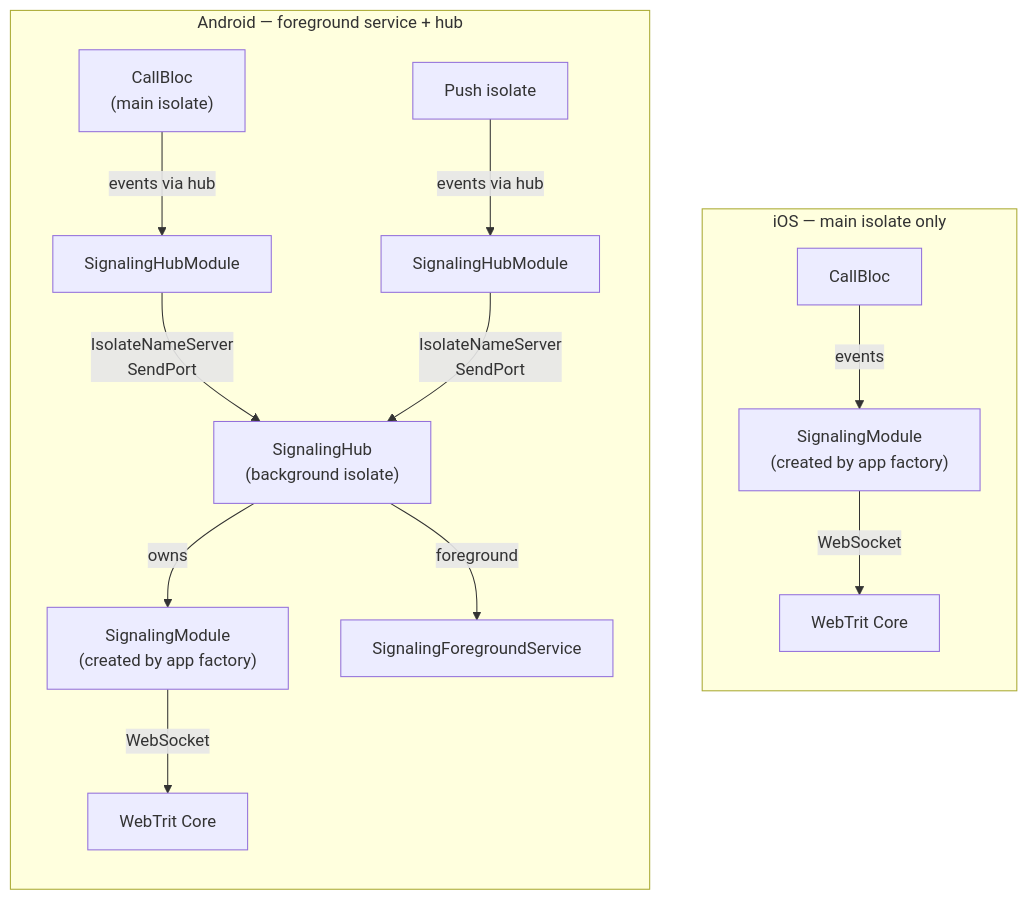
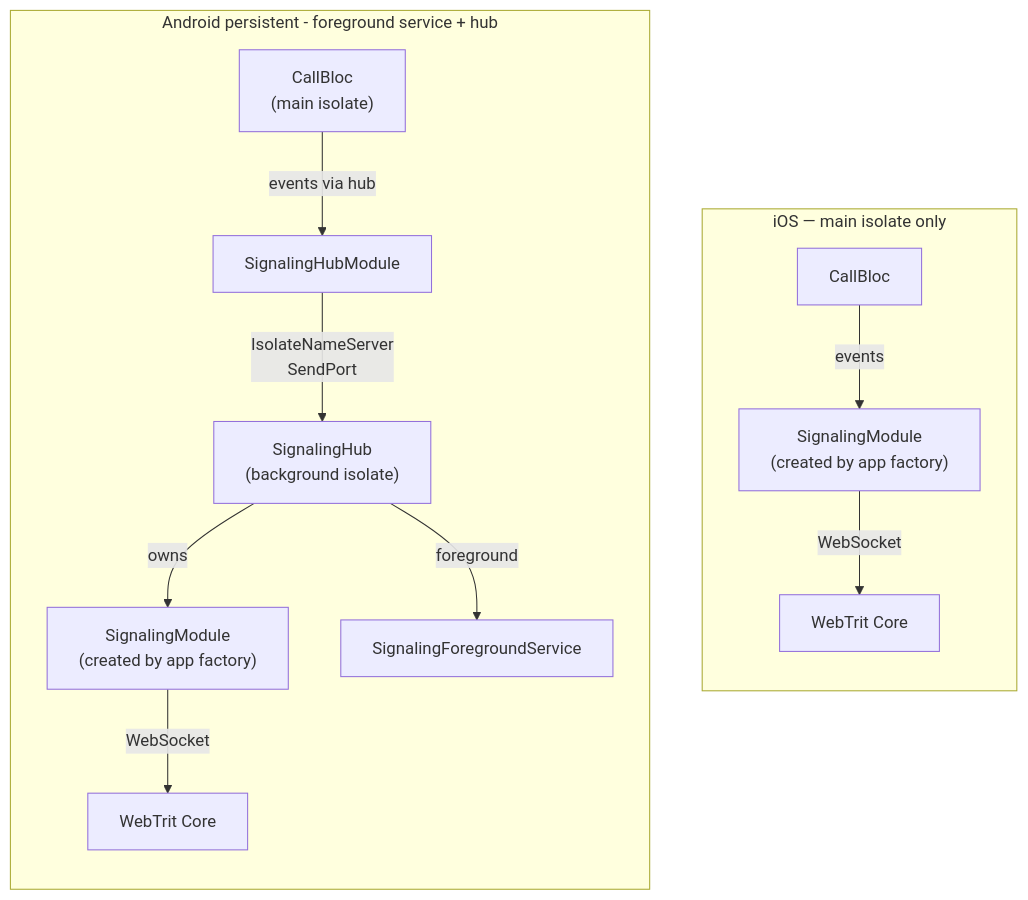
One commit to portaone/porta-phone-mobile-app changed the third of 7 diagrams in phone/packages/signaling_service/ARCHITECTURE.md. Above: the diagram before and after it, drawn with Mermaid. The commit also changed other lines of this file and 75 other files, not shown here.

````diff
--- a/phone/packages/signaling_service/ARCHITECTURE.md
+++ b/phone/packages/signaling_service/ARCHITECTURE.md
@@ -62,18 +65,17 @@
 ```mermaid
 graph TD
     subgraph iOS["iOS — main isolate only"]
         direction TB
         ios_cb["CallBloc"] -->|events| ios_sm["SignalingModule\n(created by app factory)"]
         ios_sm -->|WebSocket| ios_srv["WebTrit Core"]
     end
 
-    subgraph Android["Android — foreground service + hub"]
+    subgraph Android["Android persistent - foreground service + hub"]
         direction TB
         and_cb["CallBloc\n(main isolate)"] -->|events via hub| and_hm["SignalingHubModule"]
-        and_push["Push isolate"] -->|events via hub| and_hm2["SignalingHubModule"]
-        and_hm & and_hm2 -->|" IsolateNameServer\nSendPort "| and_hub["SignalingHub\n(background isolate)"]
+        and_hm -->|" IsolateNameServer\nSendPort "| and_hub["SignalingHub\n(background isolate)"]
         and_hub -->|owns| and_sm["SignalingModule\n(created by app factory)"]
         and_sm -->|WebSocket| and_srv["WebTrit Core"]
         and_hub -->|foreground| and_svc["SignalingForegroundService"]
     end
 ```
````
